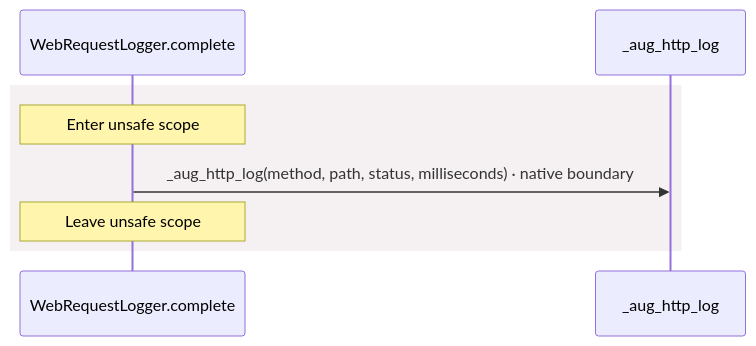
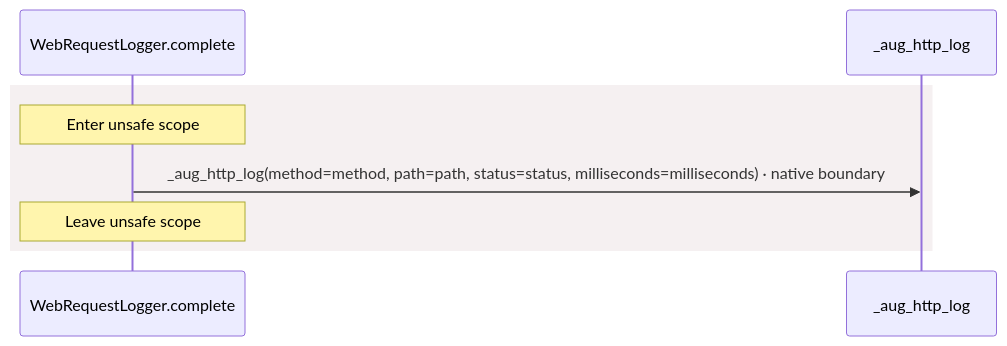
One commit to GreenPandaStudios/augscript changed the third of 7 diagrams in docs/examples/oidc-login/dependencies/packages/@git/url_897efafd565158fc4908/0.0.0-git.a39fc582565d4fca40be4f75fa304d71adc69301/contracts-diagrams.md. Above: the diagram before and after it, drawn with Mermaid. The commit also changed other lines of this file and 524 other files, not shown here.

Commit message:
Explain checked data flow at folder and service levels

````diff
--- a/docs/examples/oidc-login/dependencies/packages/@git/url_897efafd565158fc4908/0.0.0-git.a39fc582565d4fca40be4f75fa304d71adc69301/contracts-diagrams.md
+++ b/docs/examples/oidc-login/dependencies/packages/@git/url_897efafd565158fc4908/0.0.0-git.a39fc582565d4fca40be4f75fa304d71adc69301/contracts-diagrams.md
@@ -149,10 +114,10 @@
 ```mermaid
 sequenceDiagram
     participant p0 as WebRequestLogger.complete
     participant p1 as _aug_http_log
     rect rgb(245, 240, 241)
     Note over p0: Enter unsafe scope
-    p0->>p1: _aug_http_log(method, path, status, milliseconds) · native boundary
+    p0->>p1: _aug_http_log(method=method, path=path, status=status, milliseconds=milliseconds) · native boundary
     Note over p0: Leave unsafe scope
     end
 ```
````
